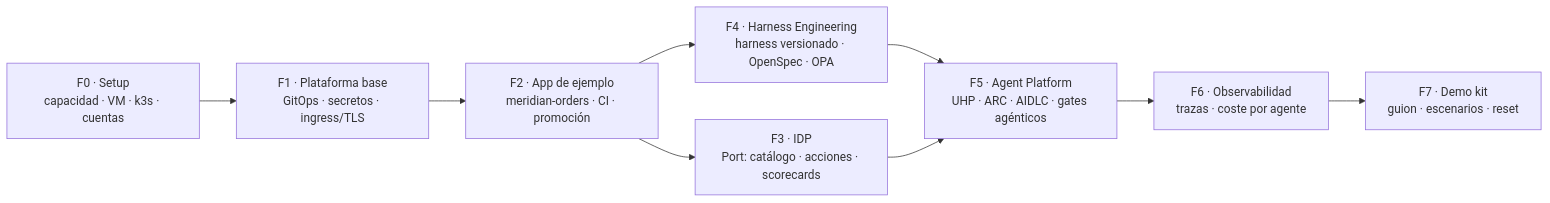
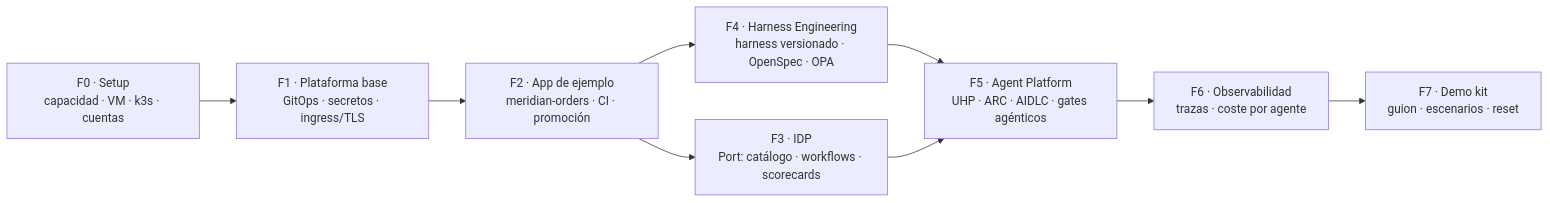
The first of 3 diagrams in docs/02-roadmap.md (elpalmeral-org/agentic-platform-lab), drawn with Mermaid before and after one commit. The commit also changed other lines of this file and 6 other files, not shown here.

````diff
--- a/docs/02-roadmap.md
+++ b/docs/02-roadmap.md
@@ -8,16 +8,16 @@
 ```mermaid
 flowchart LR
     F0["F0 · Setup<br/>capacidad · VM · k3s · cuentas"]
     F1["F1 · Plataforma base<br/>GitOps · secretos · ingress/TLS"]
     F2["F2 · App de ejemplo<br/>meridian-orders · CI · promoción"]
-    F3["F3 · IDP<br/>Port: catálogo · acciones · scorecards"]
+    F3["F3 · IDP<br/>Port: catálogo · workflows · scorecards"]
     F4["F4 · Harness Engineering<br/>harness versionado · OpenSpec · OPA"]
     F5["F5 · Agent Platform<br/>UHP · ARC · AIDLC · gates agénticos"]
     F6["F6 · Observabilidad<br/>trazas · coste por agente"]
     F7["F7 · Demo kit<br/>guion · escenarios · reset"]
 
     F0 --> F1 --> F2 --> F3
     F2 --> F4 --> F5
     F3 --> F5
     F5 --> F6 --> F7
 ```
````
